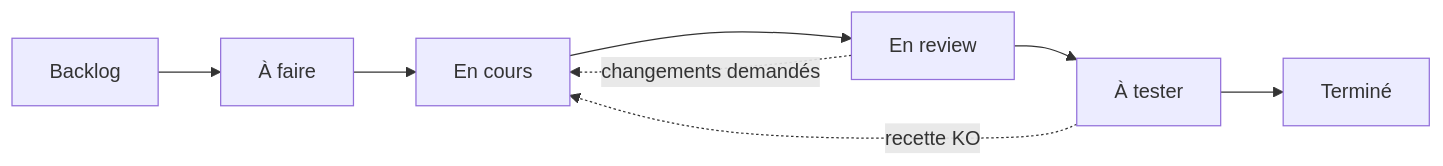
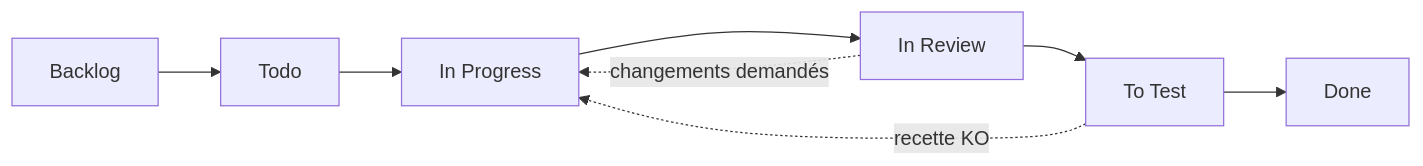
The second of 2 diagrams in README.md (Miisterone/Gestion-de-projet), drawn with Mermaid before and after one commit. The commit also changed other lines of this file and 2 other files, not shown here.

````diff
--- a/README.md
+++ b/README.md
@@ -166,6 +166,6 @@
 ```mermaid
 flowchart LR
-    A[Backlog] --> B[À faire] --> C[En cours] --> D[En review] --> E[À tester] --> F[Terminé]
+    A[Backlog] --> B[Todo] --> C[In Progress] --> D[In Review] --> E[To Test] --> F[Done]
     D -. changements demandés .-> C
     E -. recette KO .-> C
 ```
````
